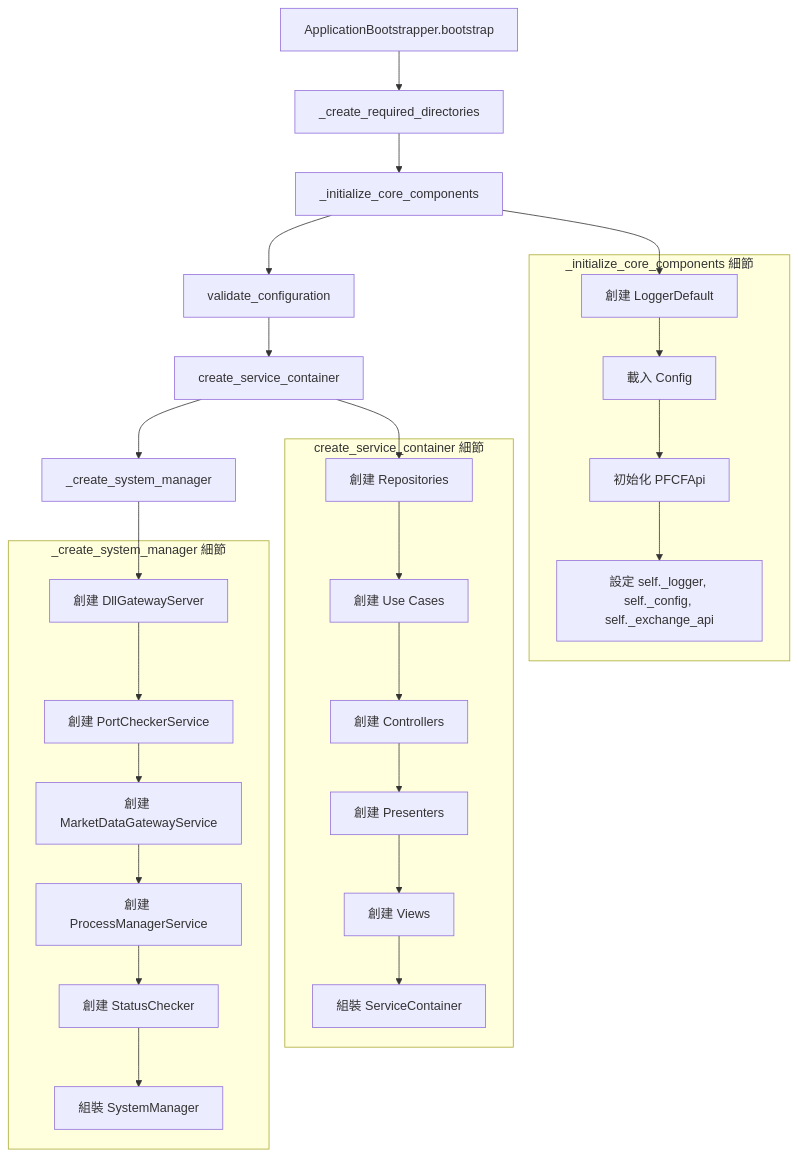
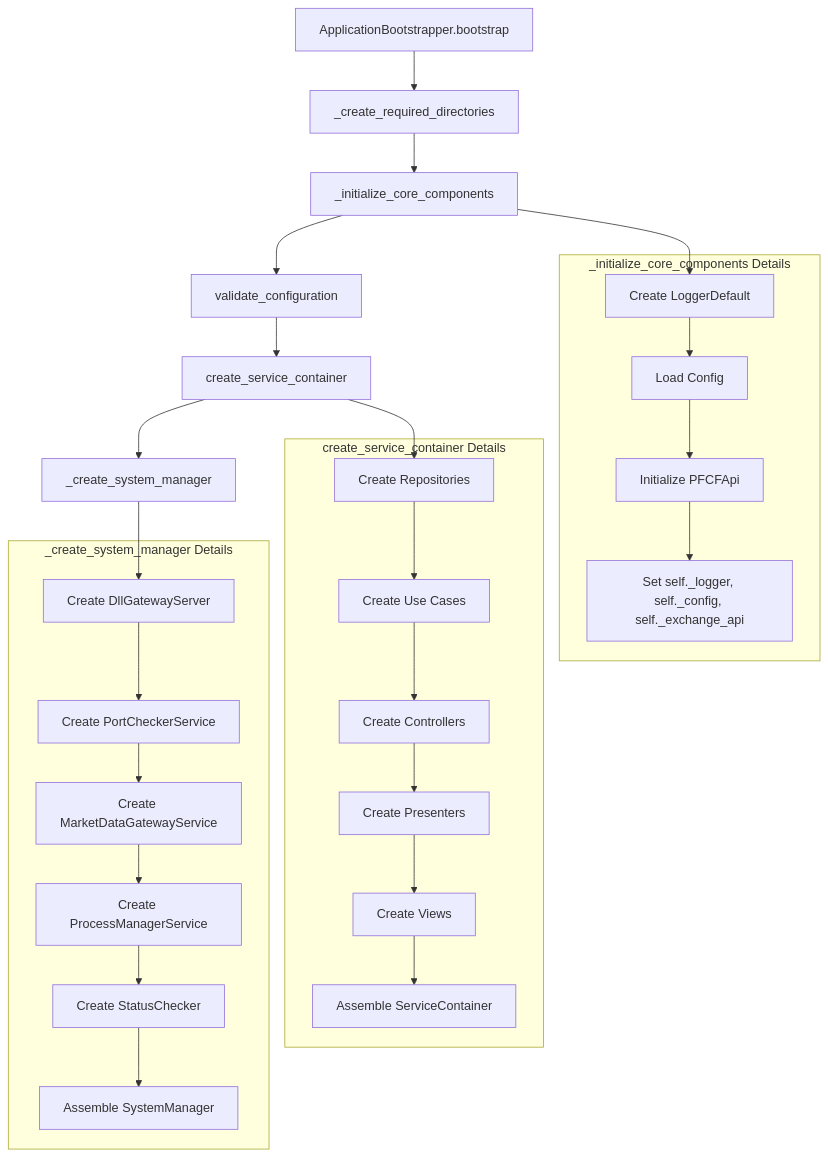
The second of 11 diagrams in docs/architecture/DETAILED_FLOW_DIAGRAMS.md (ttpss930141011/auto-futures-trading-machine), drawn with Mermaid before and after one commit. The commit also changed other lines of this file and 6 other files, not shown here.

````diff
--- a/docs/architecture/DETAILED_FLOW_DIAGRAMS.md
+++ b/docs/architecture/DETAILED_FLOW_DIAGRAMS.md
@@ -55,34 +55,34 @@
 ```mermaid
 graph TD
     A[ApplicationBootstrapper.bootstrap] --> B[_create_required_directories]
     B --> C[_initialize_core_components]
     C --> D[validate_configuration]
     D --> E[create_service_container]
     E --> F[_create_system_manager]
     
-    subgraph "_initialize_core_components 細節"
-        C1[創建 LoggerDefault] --> C2[載入 Config]
-        C2 --> C3[初始化 PFCFApi]
-        C3 --> C4[設定 self._logger, self._config, self._exchange_api]
+    subgraph "_initialize_core_components Details"
+        C1[Create LoggerDefault] --> C2[Load Config]
+        C2 --> C3[Initialize PFCFApi]
+        C3 --> C4[Set self._logger, self._config, self._exchange_api]
     end
     
-    subgraph "create_service_container 細節"
-        E1[創建 Repositories] --> E2[創建 Use Cases]
-        E2 --> E3[創建 Controllers]
-        E3 --> E4[創建 Presenters]
-        E4 --> E5[創建 Views]
-        E5 --> E6[組裝 ServiceContainer]
+    subgraph "create_service_container Details"
+        E1[Create Repositories] --> E2[Create Use Cases]
+        E2 --> E3[Create Controllers]
+        E3 --> E4[Create Presenters]
+        E4 --> E5[Create Views]
+        E5 --> E6[Assemble ServiceContainer]
     end
     
-    subgraph "_create_system_manager 細節"
-        F1[創建 DllGatewayServer] --> F2[創建 PortCheckerService]
-        F2 --> F3[創建 MarketDataGatewayService]
-        F3 --> F4[創建 ProcessManagerService]
-        F4 --> F5[創建 StatusChecker]
-        F5 --> F6[組裝 SystemManager]
+    subgraph "_create_system_manager Details"
+        F1[Create DllGatewayServer] --> F2[Create PortCheckerService]
+        F2 --> F3[Create MarketDataGatewayService]
+        F3 --> F4[Create ProcessManagerService]
+        F4 --> F5[Create StatusChecker]
+        F5 --> F6[Assemble SystemManager]
     end
     
     C --> C1
     E --> E1
     F --> F1
 ```
````
